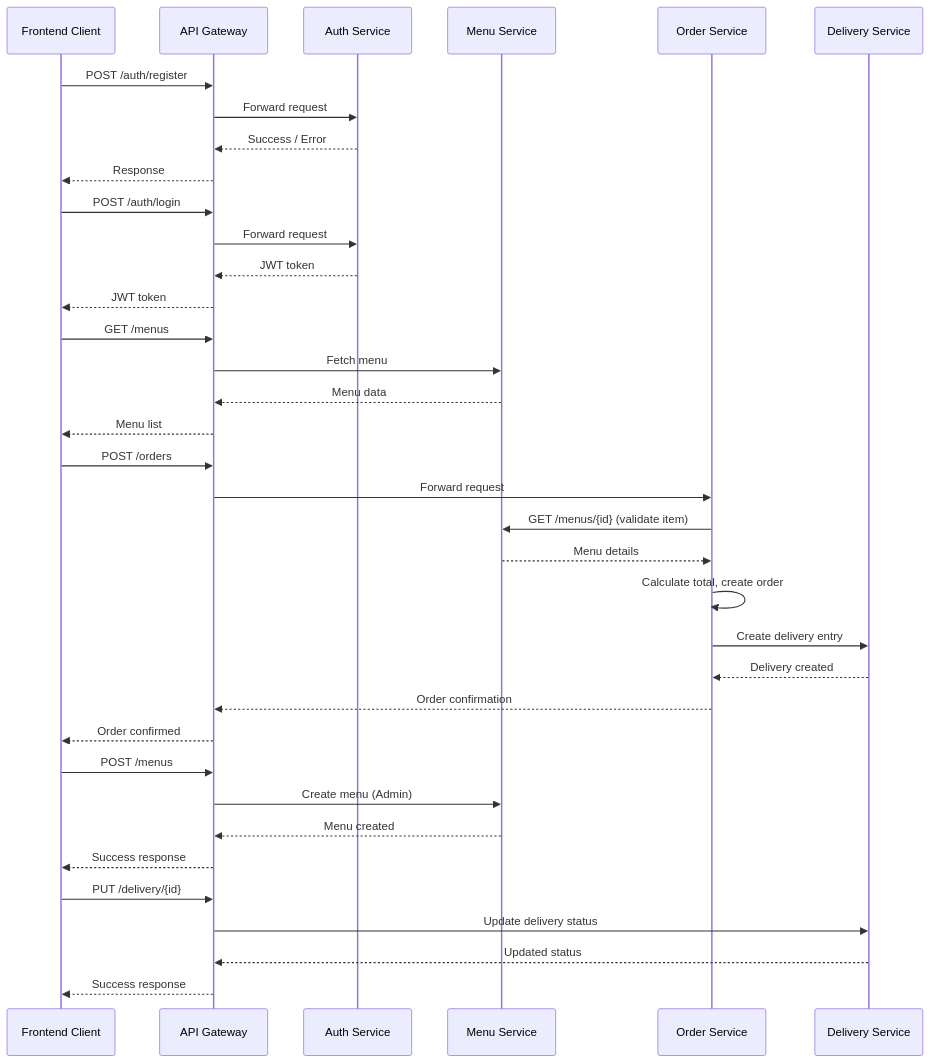
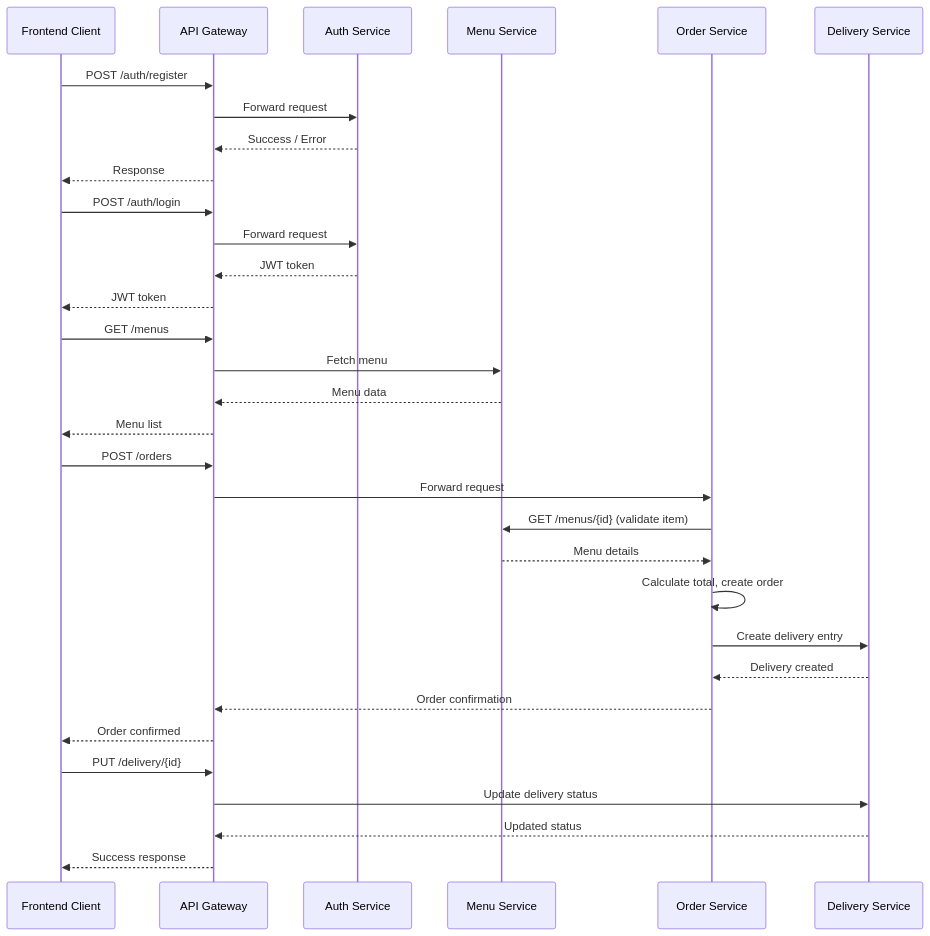
One commit to lolanggita/Restaurant_APP changed the second of 2 diagrams in README.md. Above: the diagram before and after it, drawn with Mermaid.

Commit message:
Alur Komunikasi Revision

````diff
--- a/README.md
+++ b/README.md
@@ -61,48 +61,42 @@
 ```mermaid
 sequenceDiagram
     participant Client as Frontend Client
     participant Gateway as API Gateway
     participant AuthService as Auth Service
     participant MenuService as Menu Service
     participant OrderService as Order Service
     participant DeliveryService as Delivery Service
 
     %% Register & Login
     Client->>Gateway: POST /auth/register
     Gateway->>AuthService: Forward request
     AuthService-->>Gateway: Success / Error
     Gateway-->>Client: Response
 
     Client->>Gateway: POST /auth/login
     Gateway->>AuthService: Forward request
     AuthService-->>Gateway: JWT token
     Gateway-->>Client: JWT token
 
     %% Customer browsing menu
     Client->>Gateway: GET /menus
     Gateway->>MenuService: Fetch menu
     MenuService-->>Gateway: Menu data
     Gateway-->>Client: Menu list
 
     %% Customer add to cart & checkout
     Client->>Gateway: POST /orders
     Gateway->>OrderService: Forward request
     OrderService->>MenuService: GET /menus/{id} (validate item)
     MenuService-->>OrderService: Menu details
     OrderService->>OrderService: Calculate total, create order
     OrderService->>DeliveryService: Create delivery entry
     DeliveryService-->>OrderService: Delivery created
     OrderService-->>Gateway: Order confirmation
     Gateway-->>Client: Order confirmed
 
-    %% Provider managing menu
-    Client->>Gateway: POST /menus
-    Gateway->>MenuService: Create menu (Admin)
-    MenuService-->>Gateway: Menu created
-    Gateway-->>Client: Success response
-
     Client->>Gateway: PUT /delivery/{id}
     Gateway->>DeliveryService: Update delivery status
     DeliveryService-->>Gateway: Updated status
     Gateway-->>Client: Success response
 ```
````
